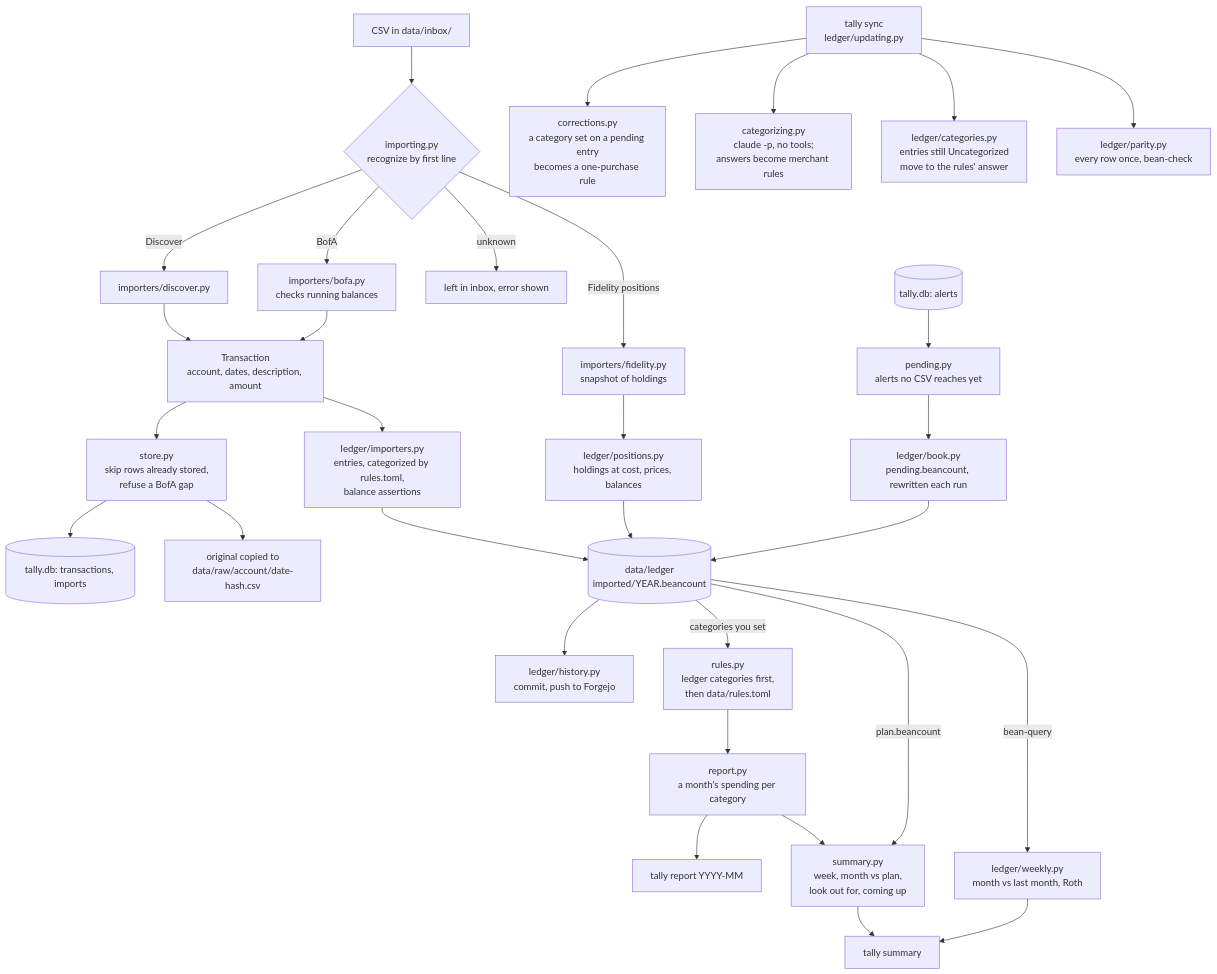
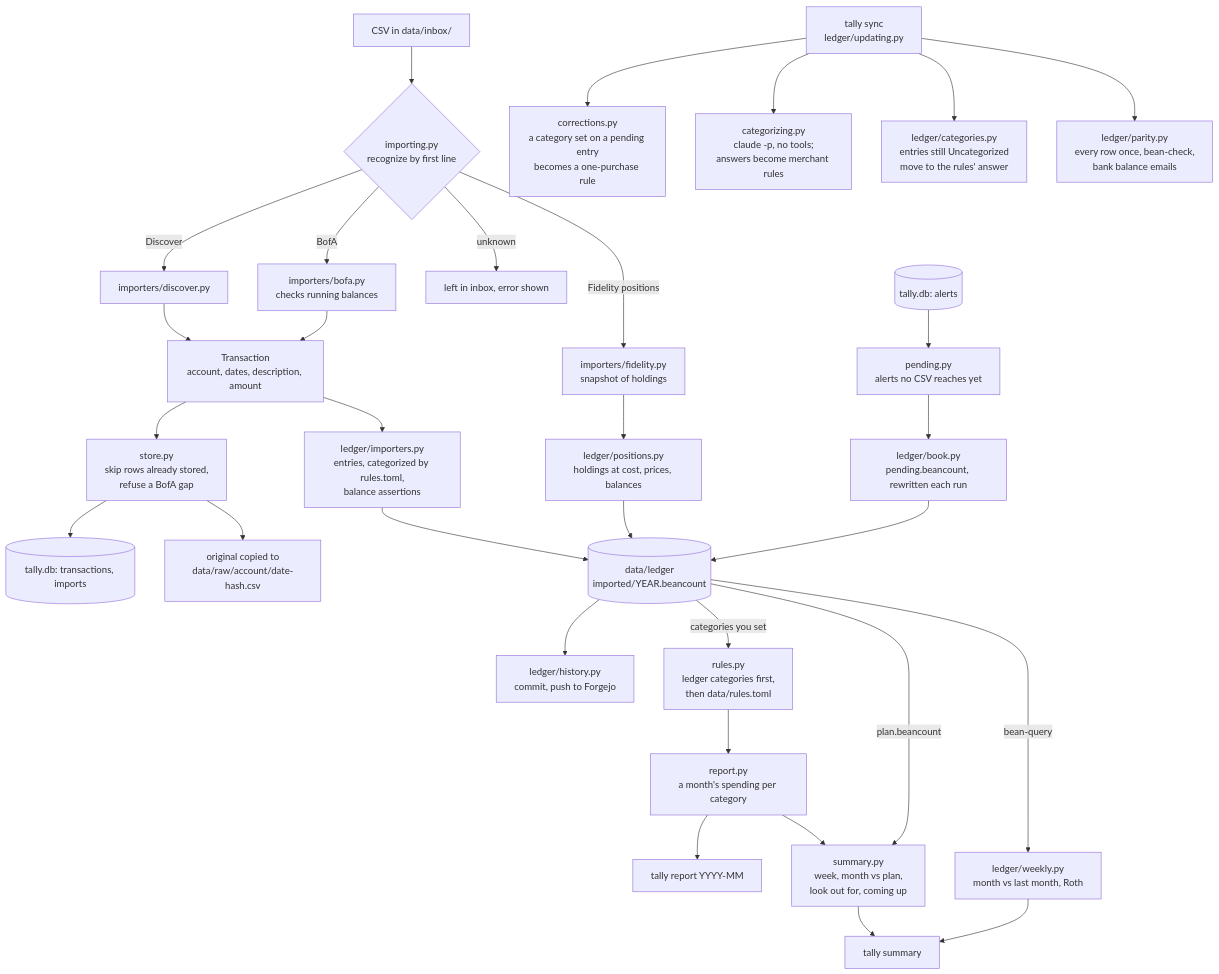
The third of 6 diagrams in docs/architecture.md (vmenon04/tally), drawn with Mermaid before and after one commit. The commit also changed 12 other files, not shown here.

Commit message:
Check the ledger against BofA's daily balance email

````diff
--- a/docs/architecture.md
+++ b/docs/architecture.md
@@ -121,36 +121,36 @@
 ```mermaid
 flowchart TD
     csv["CSV in data/inbox/"] --> recognize{"importing.py<br/>recognize by first line"}
     recognize -- "Discover" --> dparse["importers/discover.py"]
     recognize -- "BofA" --> bparse["importers/bofa.py<br/>checks running balances"]
     recognize -- "Fidelity positions" --> fparse["importers/fidelity.py<br/>snapshot of holdings"]
     recognize -- "unknown" --> stay["left in inbox, error shown"]
     dparse --> txn["Transaction<br/>account, dates, description, amount"]
     bparse --> txn
     txn --> save["store.py<br/>skip rows already stored,<br/>refuse a BofA gap"]
     save --> db[("tally.db: transactions, imports")]
     save --> archive["original copied to<br/>data/raw/account/date-hash.csv"]
 
     txn --> extract["ledger/importers.py<br/>entries, categorized by rules.toml,<br/>balance assertions"]
     fparse --> positions["ledger/positions.py<br/>holdings at cost, prices, balances"]
     extract --> ledger[("data/ledger<br/>imported/YEAR.beancount")]
     positions --> ledger
     alerts_db[("tally.db: alerts")] --> waiting["pending.py<br/>alerts no CSV reaches yet"]
     waiting --> pend["ledger/book.py<br/>pending.beancount, rewritten each run"]
     pend --> ledger
     ledger --> history["ledger/history.py<br/>commit, push to Forgejo"]
 
     ledger -- "categories you set" --> rulesx["rules.py<br/>ledger categories first,<br/>then data/rules.toml"]
     rulesx --> rep["report.py<br/>a month's spending per category"]
     rep --> cli_report["tally report YYYY-MM"]
     rep --> weekly["summary.py<br/>week, month vs plan,<br/>look out for, coming up"]
     ledger -- "plan.beancount" --> weekly
     ledger -- "bean-query" --> lreport["ledger/weekly.py<br/>month vs last month, Roth"]
     weekly --> cli_summary["tally summary"]
     lreport --> cli_summary
 
     sync["tally sync<br/>ledger/updating.py"] --> corr["corrections.py<br/>a category set on a pending entry<br/>becomes a one-purchase rule"]
     sync --> claude["categorizing.py<br/>claude -p, no tools;<br/>answers become merchant rules"]
     sync --> moves["ledger/categories.py<br/>entries still Uncategorized<br/>move to the rules' answer"]
-    sync --> parity["ledger/parity.py<br/>every row once, bean-check"]
+    sync --> parity["ledger/parity.py<br/>every row once, bean-check,<br/>bank balance emails"]
 ```
````
